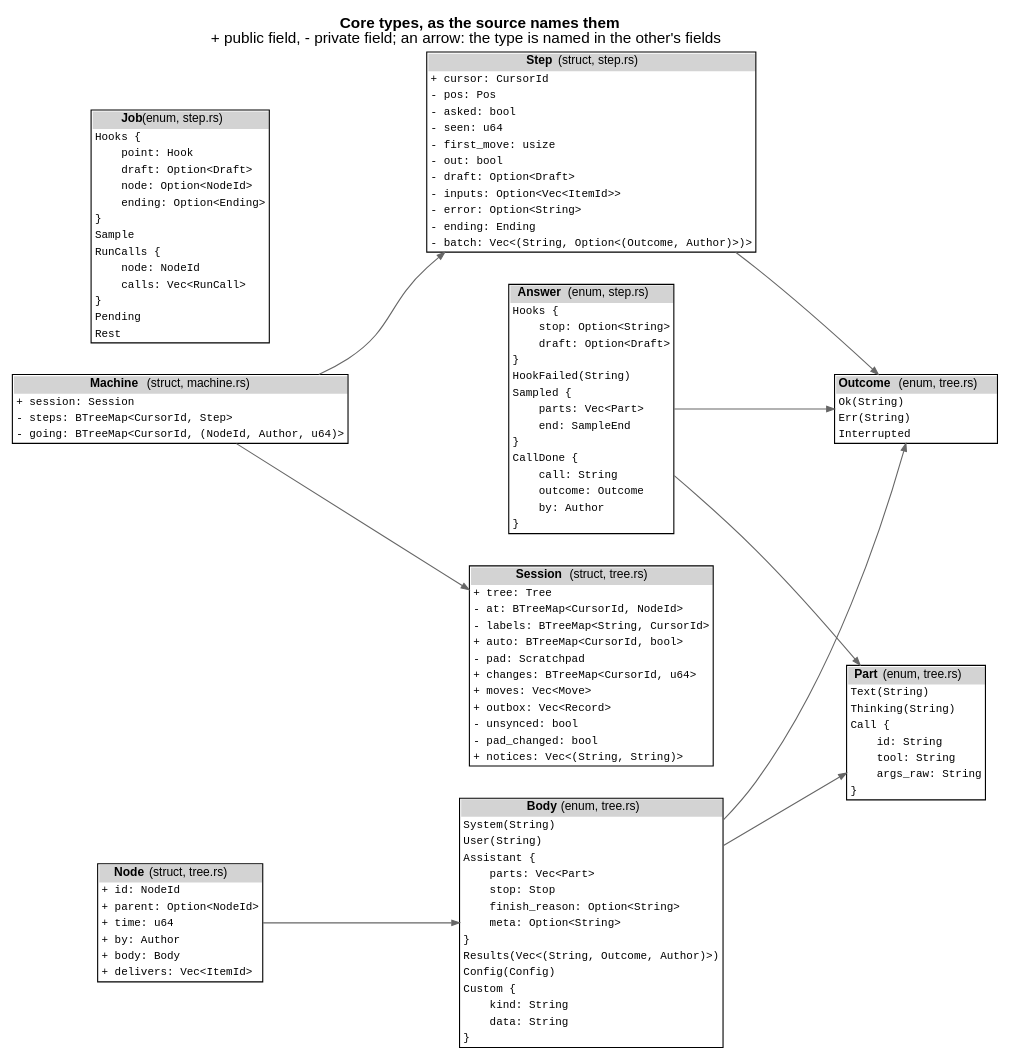
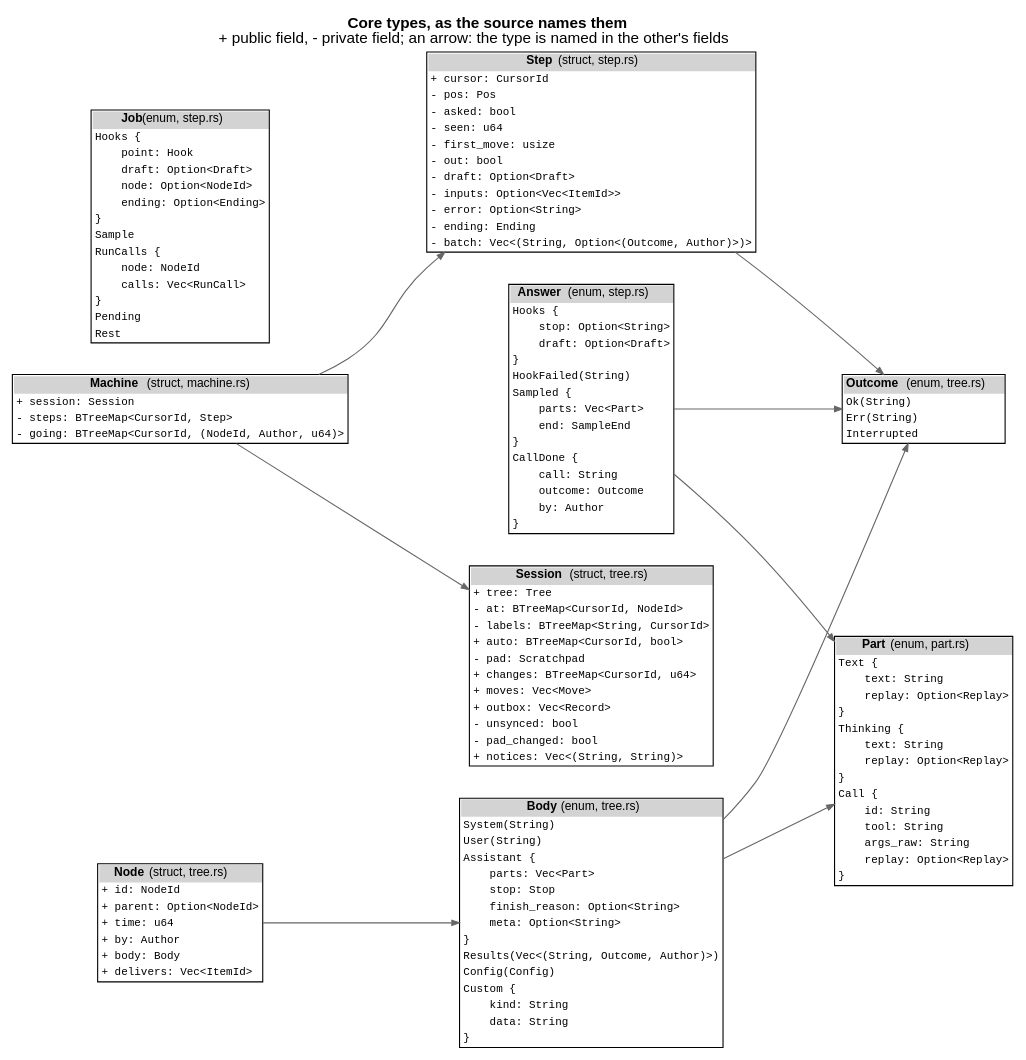
One commit to jmccardle/tau changed the diagram in docs/as-built/diagrams/types.dot. Above: the diagram before and after it, drawn with Graphviz. The commit also changed 6 other files, not shown here.

First line of the commit message:
CI: diagrams find Part in tree/part.rs; the full-disk test no longer corrupts coverage

```diff
--- a/docs/as-built/diagrams/types.dot
+++ b/docs/as-built/diagrams/types.dot
@@ -1,23 +1,23 @@
 // Generated by scripts/diagrams.sh from the Rust source (syn). Do not edit.
 digraph types {
   graph [rankdir=LR, fontname="Helvetica", nodesep=0.4, ranksep=1.0, labelloc=t, label=<<b>Core types, as the source names them</b><br/>+ public field, - private field; an arrow: the type is named in the other's fields>];
   node [shape=plain, fontname="Helvetica", fontsize=11];
   edge [color="gray40", arrowsize=0.7];
   "Body" [label=<<table border="1" cellborder="0" cellspacing="0"><tr><td bgcolor="lightgray"><b>Body</b> (enum, tree.rs)</td></tr><tr><td align="left" balign="left"><font face="Courier" point-size="10">System(String)</font></td></tr><tr><td align="left" balign="left"><font face="Courier" point-size="10">User(String)</font></td></tr><tr><td align="left" balign="left"><font face="Courier" point-size="10">Assistant&nbsp;{</font></td></tr><tr><td align="left" balign="left"><font face="Courier" point-size="10">&nbsp;&nbsp;&nbsp;&nbsp;parts:&nbsp;Vec&lt;Part&gt;</font></td></tr><tr><td align="left" balign="left"><font face="Courier" point-size="10">&nbsp;&nbsp;&nbsp;&nbsp;stop:&nbsp;Stop</font></td></tr><tr><td align="left" balign="left"><font face="Courier" point-size="10">&nbsp;&nbsp;&nbsp;&nbsp;finish_reason:&nbsp;Option&lt;String&gt;</font></td></tr><tr><td align="left" balign="left"><font face="Courier" point-size="10">&nbsp;&nbsp;&nbsp;&nbsp;meta:&nbsp;Option&lt;String&gt;</font></td></tr><tr><td align="left" balign="left"><font face="Courier" point-size="10">}</font></td></tr><tr><td align="left" balign="left"><font face="Courier" point-size="10">Results(Vec&lt;(String,&nbsp;Outcome,&nbsp;Author)&gt;)</font></td></tr><tr><td align="left" balign="left"><font face="Courier" point-size="10">Config(Config)</font></td></tr><tr><td align="left" balign="left"><font face="Courier" point-size="10">Custom&nbsp;{</font></td></tr><tr><td align="left" balign="left"><font face="Courier" point-size="10">&nbsp;&nbsp;&nbsp;&nbsp;kind:&nbsp;String</font></td></tr><tr><td align="left" balign="left"><font face="Courier" point-size="10">&nbsp;&nbsp;&nbsp;&nbsp;data:&nbsp;String</font></td></tr><tr><td align="left" balign="left"><font face="Courier" point-size="10">}</font></td></tr></table>>];
   "Node" [label=<<table border="1" cellborder="0" cellspacing="0"><tr><td bgcolor="lightgray"><b>Node</b> (struct, tree.rs)</td></tr><tr><td align="left" balign="left"><font face="Courier" point-size="10">+&nbsp;id:&nbsp;NodeId</font></td></tr><tr><td align="left" balign="left"><font face="Courier" point-size="10">+&nbsp;parent:&nbsp;Option&lt;NodeId&gt;</font></td></tr><tr><td align="left" balign="left"><font face="Courier" point-size="10">+&nbsp;time:&nbsp;u64</font></td></tr><tr><td align="left" balign="left"><font face="Courier" point-size="10">+&nbsp;by:&nbsp;Author</font></td></tr><tr><td align="left" balign="left"><font face="Courier" point-size="10">+&nbsp;body:&nbsp;Body</font></td></tr><tr><td align="left" balign="left"><font face="Courier" point-size="10">+&nbsp;delivers:&nbsp;Vec&lt;ItemId&gt;</font></td></tr></table>>];
   "Session" [label=<<table border="1" cellborder="0" cellspacing="0"><tr><td bgcolor="lightgray"><b>Session</b> (struct, tree.rs)</td></tr><tr><td align="left" balign="left"><font face="Courier" point-size="10">+&nbsp;tree:&nbsp;Tree</font></td></tr><tr><td align="left" balign="left"><font face="Courier" point-size="10">-&nbsp;at:&nbsp;BTreeMap&lt;CursorId,&nbsp;NodeId&gt;</font></td></tr><tr><td align="left" balign="left"><font face="Courier" point-size="10">-&nbsp;labels:&nbsp;BTreeMap&lt;String,&nbsp;CursorId&gt;</font></td></tr><tr><td align="left" balign="left"><font face="Courier" point-size="10">+&nbsp;auto:&nbsp;BTreeMap&lt;CursorId,&nbsp;bool&gt;</font></td></tr><tr><td align="left" balign="left"><font face="Courier" point-size="10">-&nbsp;pad:&nbsp;Scratchpad</font></td></tr><tr><td align="left" balign="left"><font face="Courier" point-size="10">+&nbsp;changes:&nbsp;BTreeMap&lt;CursorId,&nbsp;u64&gt;</font></td></tr><tr><td align="left" balign="left"><font face="Courier" point-size="10">+&nbsp;moves:&nbsp;Vec&lt;Move&gt;</font></td></tr><tr><td align="left" balign="left"><font face="Courier" point-size="10">+&nbsp;outbox:&nbsp;Vec&lt;Record&gt;</font></td></tr><tr><td align="left" balign="left"><font face="Courier" point-size="10">-&nbsp;unsynced:&nbsp;bool</font></td></tr><tr><td align="left" balign="left"><font face="Courier" point-size="10">-&nbsp;pad_changed:&nbsp;bool</font></td></tr><tr><td align="left" balign="left"><font face="Courier" point-size="10">+&nbsp;notices:&nbsp;Vec&lt;(String,&nbsp;String)&gt;</font></td></tr></table>>];
   "Machine" [label=<<table border="1" cellborder="0" cellspacing="0"><tr><td bgcolor="lightgray"><b>Machine</b> (struct, machine.rs)</td></tr><tr><td align="left" balign="left"><font face="Courier" point-size="10">+&nbsp;session:&nbsp;Session</font></td></tr><tr><td align="left" balign="left"><font face="Courier" point-size="10">-&nbsp;steps:&nbsp;BTreeMap&lt;CursorId,&nbsp;Step&gt;</font></td></tr><tr><td align="left" balign="left"><font face="Courier" point-size="10">-&nbsp;going:&nbsp;BTreeMap&lt;CursorId,&nbsp;(NodeId,&nbsp;Author,&nbsp;u64)&gt;</font></td></tr></table>>];
   "Step" [label=<<table border="1" cellborder="0" cellspacing="0"><tr><td bgcolor="lightgray"><b>Step</b> (struct, step.rs)</td></tr><tr><td align="left" balign="left"><font face="Courier" point-size="10">+&nbsp;cursor:&nbsp;CursorId</font></td></tr><tr><td align="left" balign="left"><font face="Courier" point-size="10">-&nbsp;pos:&nbsp;Pos</font></td></tr><tr><td align="left" balign="left"><font face="Courier" point-size="10">-&nbsp;asked:&nbsp;bool</font></td></tr><tr><td align="left" balign="left"><font face="Courier" point-size="10">-&nbsp;seen:&nbsp;u64</font></td></tr><tr><td align="left" balign="left"><font face="Courier" point-size="10">-&nbsp;first_move:&nbsp;usize</font></td></tr><tr><td align="left" balign="left"><font face="Courier" point-size="10">-&nbsp;out:&nbsp;bool</font></td></tr><tr><td align="left" balign="left"><font face="Courier" point-size="10">-&nbsp;draft:&nbsp;Option&lt;Draft&gt;</font></td></tr><tr><td align="left" balign="left"><font face="Courier" point-size="10">-&nbsp;inputs:&nbsp;Option&lt;Vec&lt;ItemId&gt;&gt;</font></td></tr><tr><td align="left" balign="left"><font face="Courier" point-size="10">-&nbsp;error:&nbsp;Option&lt;String&gt;</font></td></tr><tr><td align="left" balign="left"><font face="Courier" point-size="10">-&nbsp;ending:&nbsp;Ending</font></td></tr><tr><td align="left" balign="left"><font face="Courier" point-size="10">-&nbsp;batch:&nbsp;Vec&lt;(String,&nbsp;Option&lt;(Outcome,&nbsp;Author)&gt;)&gt;</font></td></tr></table>>];
   "Job" [label=<<table border="1" cellborder="0" cellspacing="0"><tr><td bgcolor="lightgray"><b>Job</b> (enum, step.rs)</td></tr><tr><td align="left" balign="left"><font face="Courier" point-size="10">Hooks&nbsp;{</font></td></tr><tr><td align="left" balign="left"><font face="Courier" point-size="10">&nbsp;&nbsp;&nbsp;&nbsp;point:&nbsp;Hook</font></td></tr><tr><td align="left" balign="left"><font face="Courier" point-size="10">&nbsp;&nbsp;&nbsp;&nbsp;draft:&nbsp;Option&lt;Draft&gt;</font></td></tr><tr><td align="left" balign="left"><font face="Courier" point-size="10">&nbsp;&nbsp;&nbsp;&nbsp;node:&nbsp;Option&lt;NodeId&gt;</font></td></tr><tr><td align="left" balign="left"><font face="Courier" point-size="10">&nbsp;&nbsp;&nbsp;&nbsp;ending:&nbsp;Option&lt;Ending&gt;</font></td></tr><tr><td align="left" balign="left"><font face="Courier" point-size="10">}</font></td></tr><tr><td align="left" balign="left"><font face="Courier" point-size="10">Sample</font></td></tr><tr><td align="left" balign="left"><font face="Courier" point-size="10">RunCalls&nbsp;{</font></td></tr><tr><td align="left" balign="left"><font face="Courier" point-size="10">&nbsp;&nbsp;&nbsp;&nbsp;node:&nbsp;NodeId</font></td></tr><tr><td align="left" balign="left"><font face="Courier" point-size="10">&nbsp;&nbsp;&nbsp;&nbsp;calls:&nbsp;Vec&lt;RunCall&gt;</font></td></tr><tr><td align="left" balign="left"><font face="Courier" point-size="10">}</font></td></tr><tr><td align="left" balign="left"><font face="Courier" point-size="10">Pending</font></td></tr><tr><td align="left" balign="left"><font face="Courier" point-size="10">Rest</font></td></tr></table>>];
   "Answer" [label=<<table border="1" cellborder="0" cellspacing="0"><tr><td bgcolor="lightgray"><b>Answer</b> (enum, step.rs)</td></tr><tr><td align="left" balign="left"><font face="Courier" point-size="10">Hooks&nbsp;{</font></td></tr><tr><td align="left" balign="left"><font face="Courier" point-size="10">&nbsp;&nbsp;&nbsp;&nbsp;stop:&nbsp;Option&lt;String&gt;</font></td></tr><tr><td align="left" balign="left"><font face="Courier" point-size="10">&nbsp;&nbsp;&nbsp;&nbsp;draft:&nbsp;Option&lt;Draft&gt;</font></td></tr><tr><td align="left" balign="left"><font face="Courier" point-size="10">}</font></td></tr><tr><td align="left" balign="left"><font face="Courier" point-size="10">HookFailed(String)</font></td></tr><tr><td align="left" balign="left"><font face="Courier" point-size="10">Sampled&nbsp;{</font></td></tr><tr><td align="left" balign="left"><font face="Courier" point-size="10">&nbsp;&nbsp;&nbsp;&nbsp;parts:&nbsp;Vec&lt;Part&gt;</font></td></tr><tr><td align="left" balign="left"><font face="Courier" point-size="10">&nbsp;&nbsp;&nbsp;&nbsp;end:&nbsp;SampleEnd</font></td></tr><tr><td align="left" balign="left"><font face="Courier" point-size="10">}</font></td></tr><tr><td align="left" balign="left"><font face="Courier" point-size="10">CallDone&nbsp;{</font></td></tr><tr><td align="left" balign="left"><font face="Courier" point-size="10">&nbsp;&nbsp;&nbsp;&nbsp;call:&nbsp;String</font></td></tr><tr><td align="left" balign="left"><font face="Courier" point-size="10">&nbsp;&nbsp;&nbsp;&nbsp;outcome:&nbsp;Outcome</font></td></tr><tr><td align="left" balign="left"><font face="Courier" point-size="10">&nbsp;&nbsp;&nbsp;&nbsp;by:&nbsp;Author</font></td></tr><tr><td align="left" balign="left"><font face="Courier" point-size="10">}</font></td></tr></table>>];
   "Outcome" [label=<<table border="1" cellborder="0" cellspacing="0"><tr><td bgcolor="lightgray"><b>Outcome</b> (enum, tree.rs)</td></tr><tr><td align="left" balign="left"><font face="Courier" point-size="10">Ok(String)</font></td></tr><tr><td align="left" balign="left"><font face="Courier" point-size="10">Err(String)</font></td></tr><tr><td align="left" balign="left"><font face="Courier" point-size="10">Interrupted</font></td></tr></table>>];
-  "Part" [label=<<table border="1" cellborder="0" cellspacing="0"><tr><td bgcolor="lightgray"><b>Part</b> (enum, tree.rs)</td></tr><tr><td align="left" balign="left"><font face="Courier" point-size="10">Text(String)</font></td></tr><tr><td align="left" balign="left"><font face="Courier" point-size="10">Thinking(String)</font></td></tr><tr><td align="left" balign="left"><font face="Courier" point-size="10">Call&nbsp;{</font></td></tr><tr><td align="left" balign="left"><font face="Courier" point-size="10">&nbsp;&nbsp;&nbsp;&nbsp;id:&nbsp;String</font></td></tr><tr><td align="left" balign="left"><font face="Courier" point-size="10">&nbsp;&nbsp;&nbsp;&nbsp;tool:&nbsp;String</font></td></tr><tr><td align="left" balign="left"><font face="Courier" point-size="10">&nbsp;&nbsp;&nbsp;&nbsp;args_raw:&nbsp;String</font></td></tr><tr><td align="left" balign="left"><font face="Courier" point-size="10">}</font></td></tr></table>>];
+  "Part" [label=<<table border="1" cellborder="0" cellspacing="0"><tr><td bgcolor="lightgray"><b>Part</b> (enum, part.rs)</td></tr><tr><td align="left" balign="left"><font face="Courier" point-size="10">Text&nbsp;{</font></td></tr><tr><td align="left" balign="left"><font face="Courier" point-size="10">&nbsp;&nbsp;&nbsp;&nbsp;text:&nbsp;String</font></td></tr><tr><td align="left" balign="left"><font face="Courier" point-size="10">&nbsp;&nbsp;&nbsp;&nbsp;replay:&nbsp;Option&lt;Replay&gt;</font></td></tr><tr><td align="left" balign="left"><font face="Courier" point-size="10">}</font></td></tr><tr><td align="left" balign="left"><font face="Courier" point-size="10">Thinking&nbsp;{</font></td></tr><tr><td align="left" balign="left"><font face="Courier" point-size="10">&nbsp;&nbsp;&nbsp;&nbsp;text:&nbsp;String</font></td></tr><tr><td align="left" balign="left"><font face="Courier" point-size="10">&nbsp;&nbsp;&nbsp;&nbsp;replay:&nbsp;Option&lt;Replay&gt;</font></td></tr><tr><td align="left" balign="left"><font face="Courier" point-size="10">}</font></td></tr><tr><td align="left" balign="left"><font face="Courier" point-size="10">Call&nbsp;{</font></td></tr><tr><td align="left" balign="left"><font face="Courier" point-size="10">&nbsp;&nbsp;&nbsp;&nbsp;id:&nbsp;String</font></td></tr><tr><td align="left" balign="left"><font face="Courier" point-size="10">&nbsp;&nbsp;&nbsp;&nbsp;tool:&nbsp;String</font></td></tr><tr><td align="left" balign="left"><font face="Courier" point-size="10">&nbsp;&nbsp;&nbsp;&nbsp;args_raw:&nbsp;String</font></td></tr><tr><td align="left" balign="left"><font face="Courier" point-size="10">&nbsp;&nbsp;&nbsp;&nbsp;replay:&nbsp;Option&lt;Replay&gt;</font></td></tr><tr><td align="left" balign="left"><font face="Courier" point-size="10">}</font></td></tr></table>>];
   "Body" -> "Part";
   "Body" -> "Outcome";
   "Node" -> "Body";
   "Machine" -> "Session";
   "Machine" -> "Step";
   "Step" -> "Outcome";
   "Answer" -> "Part";
   "Answer" -> "Outcome";
 }
```
